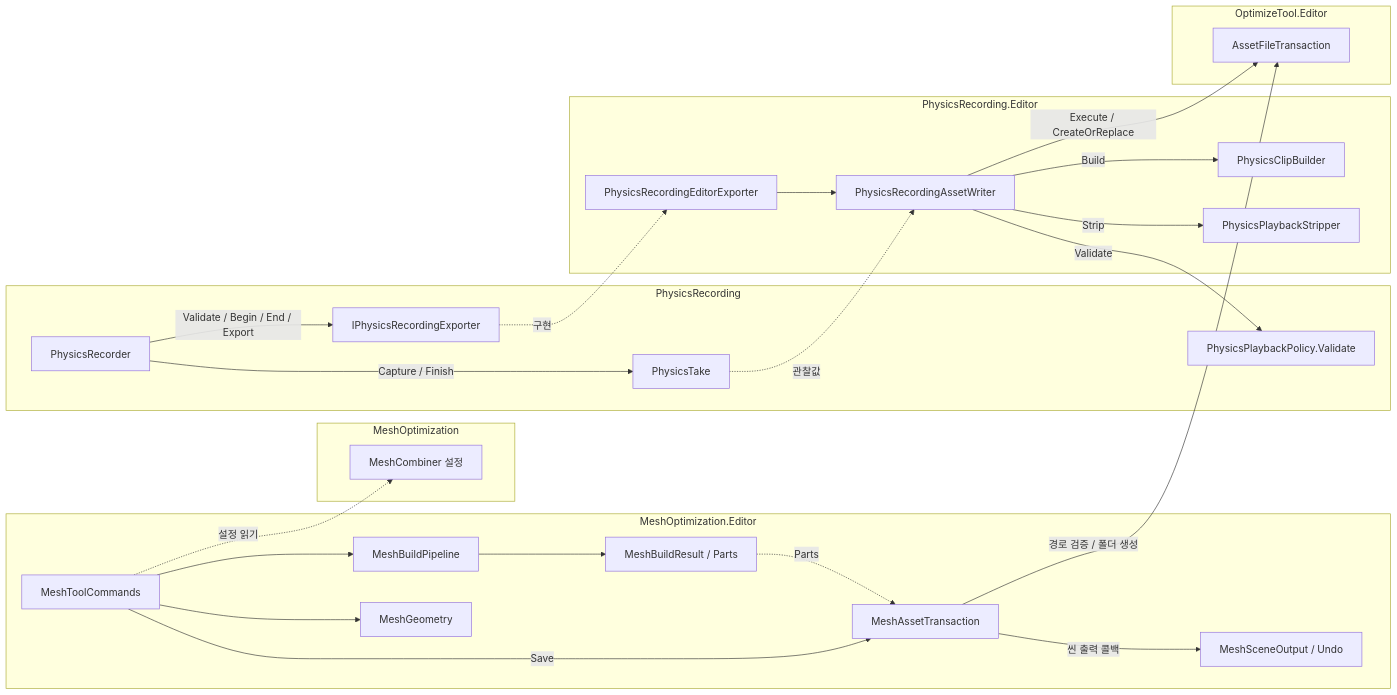
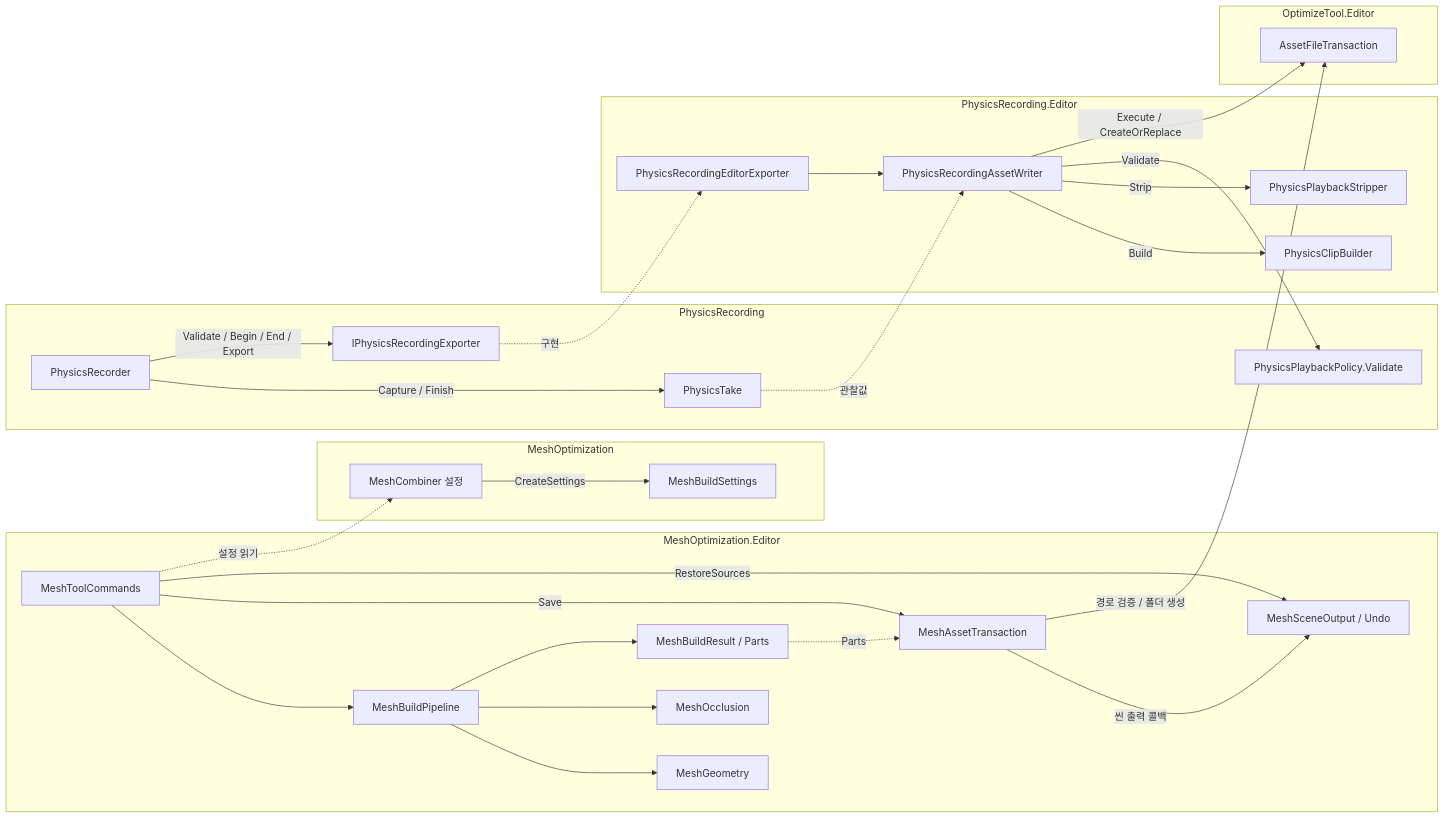
One commit to youwonsock/tool-unity-editor changed the diagram in ToyProject/Assets/_OptimizeTool/Docs/TechnicalNotes.md. Above: the diagram before and after it, drawn with Mermaid. The commit also changed other lines of this file and 1 other file, not shown here.

First line of the commit message:
TechnicalNotes의 Mesh 다이어그램·클래스 표와 README API 표를 지금 코드에 맞춤

````diff
--- a/ToyProject/Assets/_OptimizeTool/Docs/TechnicalNotes.md
+++ b/ToyProject/Assets/_OptimizeTool/Docs/TechnicalNotes.md
@@ -43,33 +43,35 @@
 ```mermaid
 flowchart LR
     subgraph Mesh[MeshOptimization]
-        Combiner[MeshCombiner 설정]
+        Combiner[MeshCombiner 설정] -->|CreateSettings| Settings[MeshBuildSettings]
     end
     subgraph MeshEditor[MeshOptimization.Editor]
         Commands[MeshToolCommands] --> Pipeline[MeshBuildPipeline]
+        Pipeline --> Geometry[MeshGeometry]
+        Pipeline --> Occlusion[MeshOcclusion]
         Pipeline --> Result[MeshBuildResult / Parts]
         Commands -->|Save| MeshSave[MeshAssetTransaction]
         Result -. Parts .-> MeshSave
         MeshSave -->|씬 출력 콜백| Scene[MeshSceneOutput / Undo]
-        Commands --> Geometry[MeshGeometry]
+        Commands -->|RestoreSources| Scene
     end
     subgraph Physics[PhysicsRecording]
         Recorder[PhysicsRecorder] -->|Capture / Finish| Take[PhysicsTake]
         Recorder -->|Validate / Begin / End / Export| Port[IPhysicsRecordingExporter]
         Policy[PhysicsPlaybackPolicy.Validate]
     end
     subgraph PhysicsEditor[PhysicsRecording.Editor]
         Exporter[PhysicsRecordingEditorExporter] --> Writer[PhysicsRecordingAssetWriter]
         Writer -->|Build| ClipBuilder[PhysicsClipBuilder]
         Writer -->|Strip| Stripper[PhysicsPlaybackStripper]
     end
     subgraph Shared[OptimizeTool.Editor]
         FileTx[AssetFileTransaction]
     end
     Commands -. 설정 읽기 .-> Combiner
     Port -. 구현 .-> Exporter
     Take -. 관찰값 .-> Writer
     Writer -->|Validate| Policy
     Writer -->|Execute / CreateOrReplace| FileTx
     MeshSave -->|경로 검증 / 폴더 생성| FileTx
 ```
````
